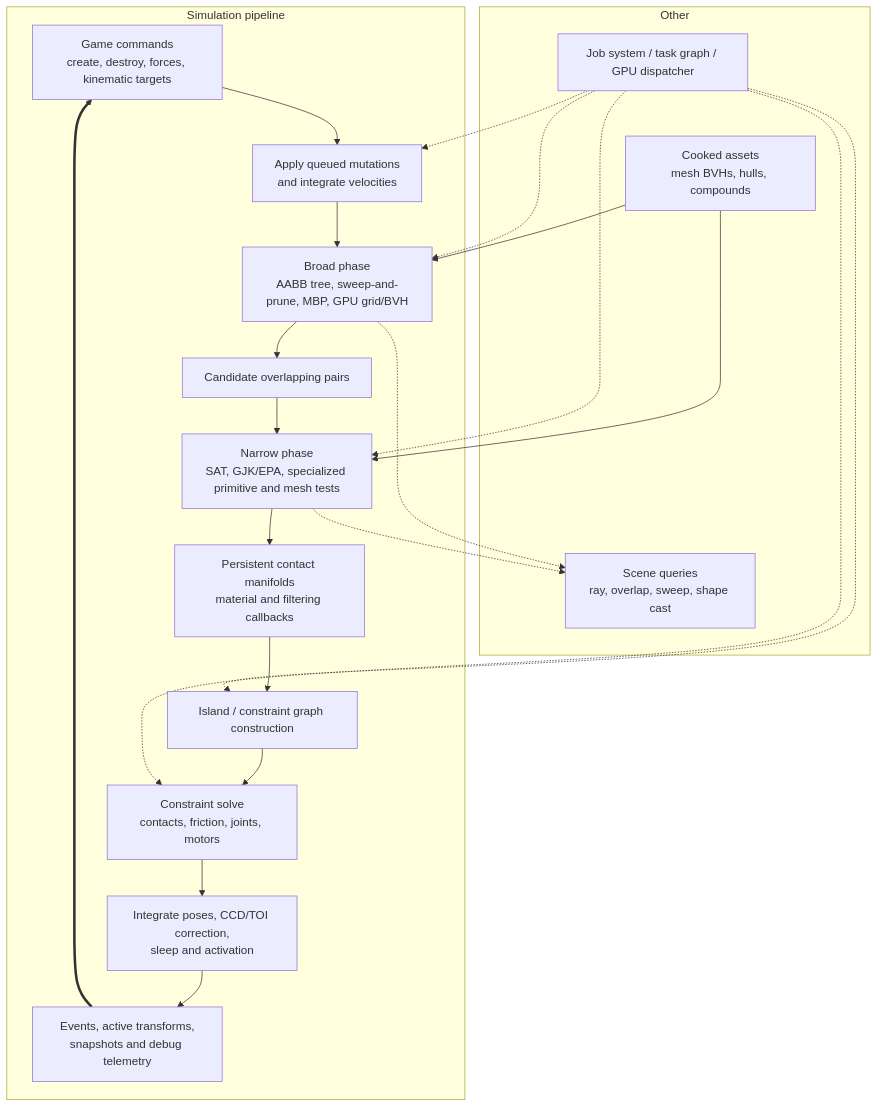
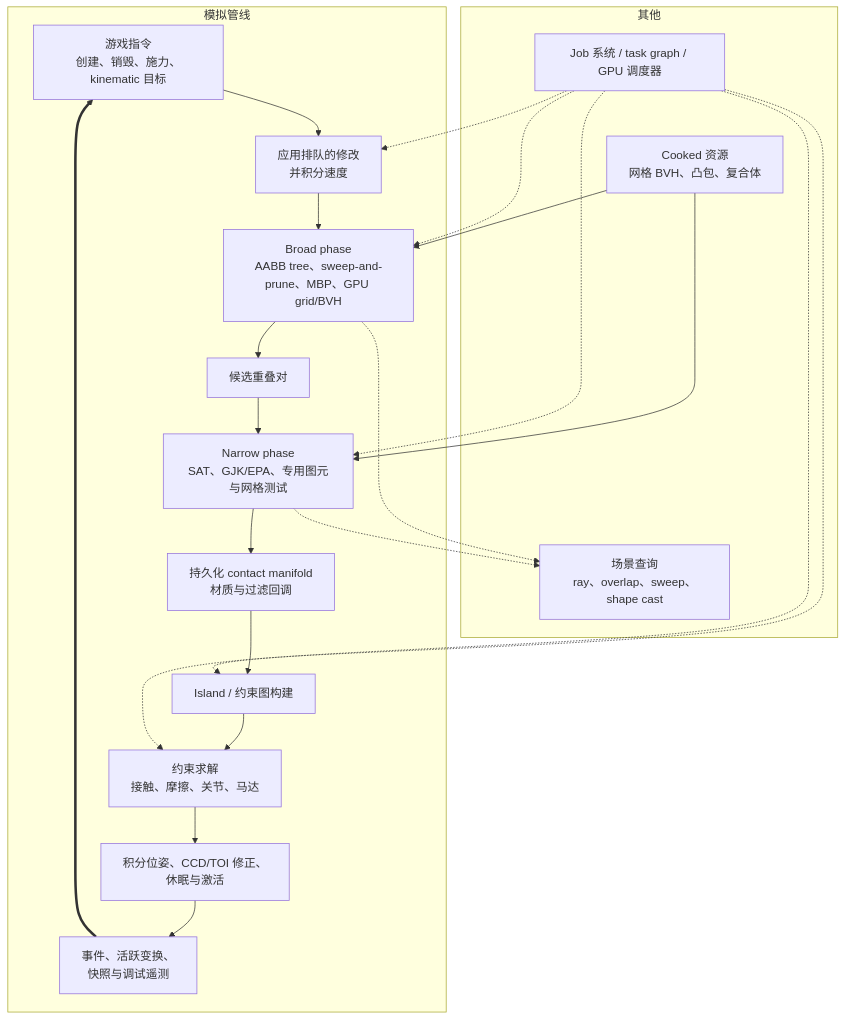
Before and after one commit to pps43/pps43.github.io: the third of 5 diagrams in content/posts/notes_on_physics_engine/index.md, drawn with Mermaid. The commit also changed other lines of this file and 2 other files, not shown here.

````diff
--- a/content/posts/notes_on_physics_engine/index.md
+++ b/content/posts/notes_on_physics_engine/index.md
@@ -116,26 +98,26 @@
 ```mermaid
 flowchart TD
-subgraph "Simulation pipeline"
-    A["Game commands<br/>create, destroy, forces, kinematic targets"] --> B["Apply queued mutations<br/>and integrate velocities"]
-    B --> C["Broad phase<br/>AABB tree, sweep-and-prune, MBP, GPU grid/BVH"]
-    C --> D["Candidate overlapping pairs"]
-    D --> E["Narrow phase<br/>SAT, GJK/EPA, specialized primitive and mesh tests"]
-    E --> F["Persistent contact manifolds<br/>material and filtering callbacks"]
-    F --> G["Island / constraint graph construction"]
-    G --> H["Constraint solve<br/>contacts, friction, joints, motors"]
-    H --> I["Integrate poses, CCD/TOI correction,<br/>sleep and activation"]
-    I --> J["Events, active transforms,<br/>snapshots and debug telemetry"]
+subgraph "模拟管线"
+    A["游戏指令<br/>创建、销毁、施力、kinematic 目标"] --> B["应用排队的修改<br/>并积分速度"]
+    B --> C["Broad phase<br/>AABB tree、sweep-and-prune、MBP、GPU grid/BVH"]
+    C --> D["候选重叠对"]
+    D --> E["Narrow phase<br/>SAT、GJK/EPA、专用图元与网格测试"]
+    E --> F["持久化 contact manifold<br/>材质与过滤回调"]
+    F --> G["Island / 约束图构建"]
+    G --> H["约束求解<br/>接触、摩擦、关节、马达"]
+    H --> I["积分位姿、CCD/TOI 修正、<br/>休眠与激活"]
+    I --> J["事件、活跃变换、<br/>快照与调试遥测"]
     J ==> A
 end
-subgraph "Other"
-    C -.-> Q["Scene queries<br/>ray, overlap, sweep, shape cast"]
+subgraph "其他"
+    C -.-> Q["场景查询<br/>ray、overlap、sweep、shape cast"]
     E -.-> Q
-    K["Cooked assets<br/>mesh BVHs, hulls, compounds"] --> C
+    K["Cooked 资源<br/>网格 BVH、凸包、复合体"] --> C
     K --> E
-    L["Job system / task graph / GPU dispatcher"] -.-> B
+    L["Job 系统 / task graph / GPU 调度器"] -.-> B
     L -.-> C
     L -.-> E
     L -.-> G
     L -.-> H
 end
 ```
````
